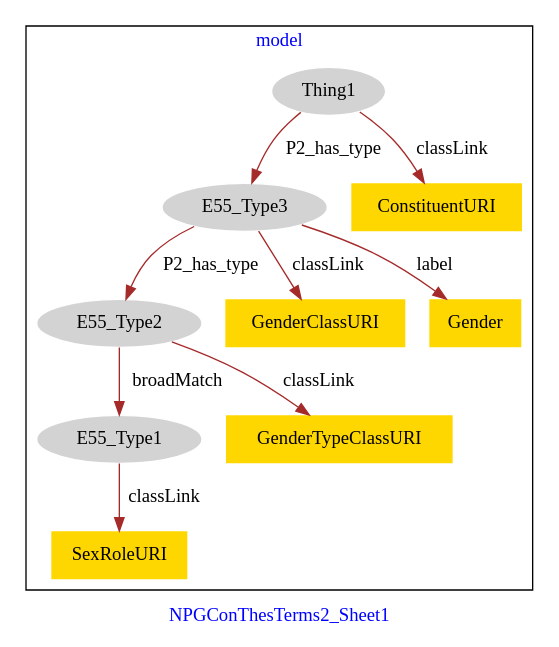
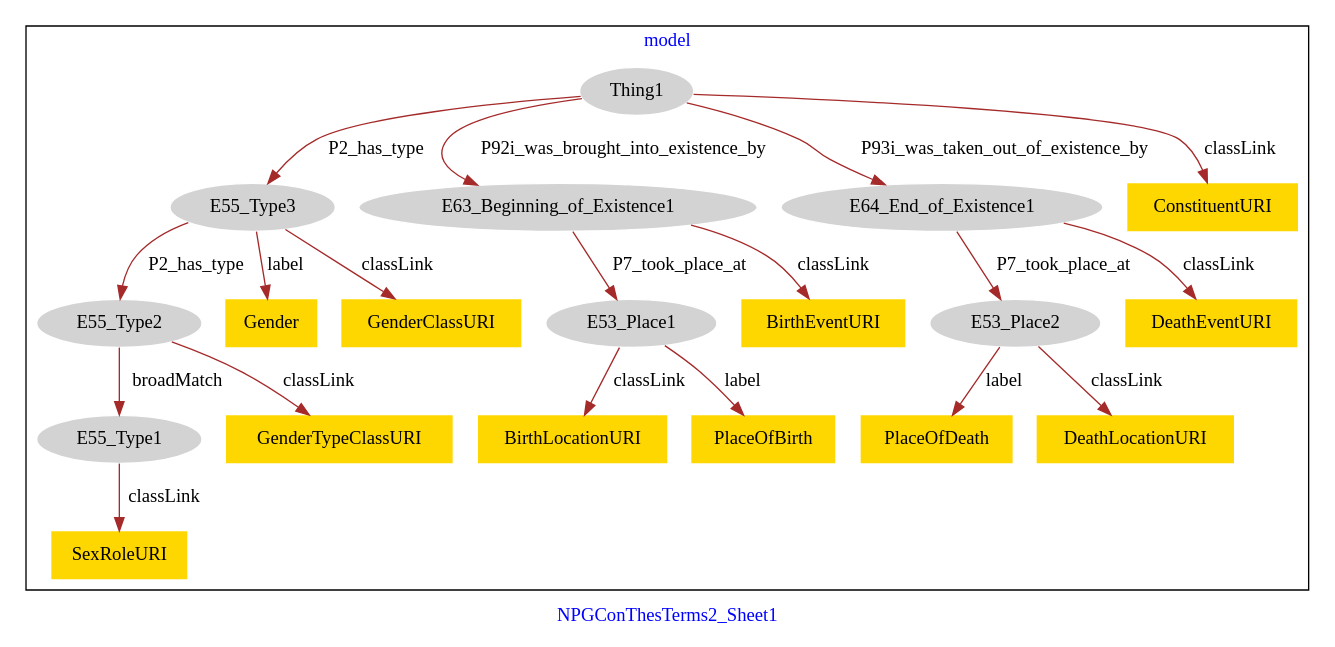
One commit to american-art/npg changed the diagram in NPGConThesTerms/NPGConThesTerms2-model.dot. Above: the diagram before and after it, drawn with Graphviz.

Commit message:
Update file NPGConThesTerms2-model.dot

```diff
--- a/NPGConThesTerms/NPGConThesTerms2-model.dot
+++ b/NPGConThesTerms/NPGConThesTerms2-model.dot
@@ -1,25 +1,45 @@
 digraph n0 {
 fontcolor="blue"
 remincross="true"
 label="NPGConThesTerms2_Sheet1"
 subgraph cluster {
 label="model"
 n2[style="filled",color="white",fillcolor="lightgray",label="E55_Type2"];
 n3[style="filled",color="white",fillcolor="lightgray",label="E55_Type1"];
 n4[style="filled",color="white",fillcolor="lightgray",label="E55_Type3"];
-n5[style="filled",color="white",fillcolor="lightgray",label="Thing1"];
-n6[shape="plaintext",style="filled",fillcolor="gold",label="GenderTypeClassURI"];
-n7[shape="plaintext",style="filled",fillcolor="gold",label="ConstituentURI"];
-n8[shape="plaintext",style="filled",fillcolor="gold",label="SexRoleURI"];
-n9[shape="plaintext",style="filled",fillcolor="gold",label="GenderClassURI"];
-n10[shape="plaintext",style="filled",fillcolor="gold",label="Gender"];
+n5[style="filled",color="white",fillcolor="lightgray",label="E63_Beginning_of_Existence1"];
+n6[style="filled",color="white",fillcolor="lightgray",label="E53_Place1"];
+n7[style="filled",color="white",fillcolor="lightgray",label="E64_End_of_Existence1"];
+n8[style="filled",color="white",fillcolor="lightgray",label="E53_Place2"];
+n9[style="filled",color="white",fillcolor="lightgray",label="Thing1"];
+n10[shape="plaintext",style="filled",fillcolor="gold",label="GenderTypeClassURI"];
+n11[shape="plaintext",style="filled",fillcolor="gold",label="DeathEventURI"];
+n12[shape="plaintext",style="filled",fillcolor="gold",label="PlaceOfDeath"];
+n13[shape="plaintext",style="filled",fillcolor="gold",label="Gender"];
+n14[shape="plaintext",style="filled",fillcolor="gold",label="DeathLocationURI"];
+n15[shape="plaintext",style="filled",fillcolor="gold",label="BirthLocationURI"];
+n16[shape="plaintext",style="filled",fillcolor="gold",label="PlaceOfBirth"];
+n17[shape="plaintext",style="filled",fillcolor="gold",label="ConstituentURI"];
+n18[shape="plaintext",style="filled",fillcolor="gold",label="SexRoleURI"];
+n19[shape="plaintext",style="filled",fillcolor="gold",label="GenderClassURI"];
+n20[shape="plaintext",style="filled",fillcolor="gold",label="BirthEventURI"];
 }
 n2 -> n3[color="brown",fontcolor="black",label="broadMatch"]
 n4 -> n2[color="brown",fontcolor="black",label="P2_has_type"]
-n5 -> n4[color="brown",fontcolor="black",label="P2_has_type"]
-n2 -> n6[color="brown",fontcolor="black",label="classLink"]
-n5 -> n7[color="brown",fontcolor="black",label="classLink"]
-n3 -> n8[color="brown",fontcolor="black",label="classLink"]
-n4 -> n9[color="brown",fontcolor="black",label="classLink"]
-n4 -> n10[color="brown",fontcolor="black",label="label"]
+n5 -> n6[color="brown",fontcolor="black",label="P7_took_place_at"]
+n7 -> n8[color="brown",fontcolor="black",label="P7_took_place_at"]
+n9 -> n4[color="brown",fontcolor="black",label="P2_has_type"]
+n9 -> n5[color="brown",fontcolor="black",label="P92i_was_brought_into_existence_by"]
+n9 -> n7[color="brown",fontcolor="black",label="P93i_was_taken_out_of_existence_by"]
+n2 -> n10[color="brown",fontcolor="black",label="classLink"]
+n7 -> n11[color="brown",fontcolor="black",label="classLink"]
+n8 -> n12[color="brown",fontcolor="black",label="label"]
+n4 -> n13[color="brown",fontcolor="black",label="label"]
+n8 -> n14[color="brown",fontcolor="black",label="classLink"]
+n6 -> n15[color="brown",fontcolor="black",label="classLink"]
+n6 -> n16[color="brown",fontcolor="black",label="label"]
+n9 -> n17[color="brown",fontcolor="black",label="classLink"]
+n3 -> n18[color="brown",fontcolor="black",label="classLink"]
+n4 -> n19[color="brown",fontcolor="black",label="classLink"]
+n5 -> n20[color="brown",fontcolor="black",label="classLink"]
 }
```
